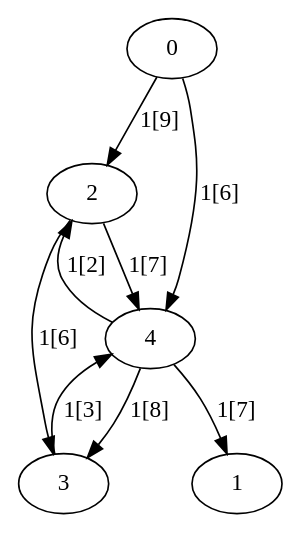
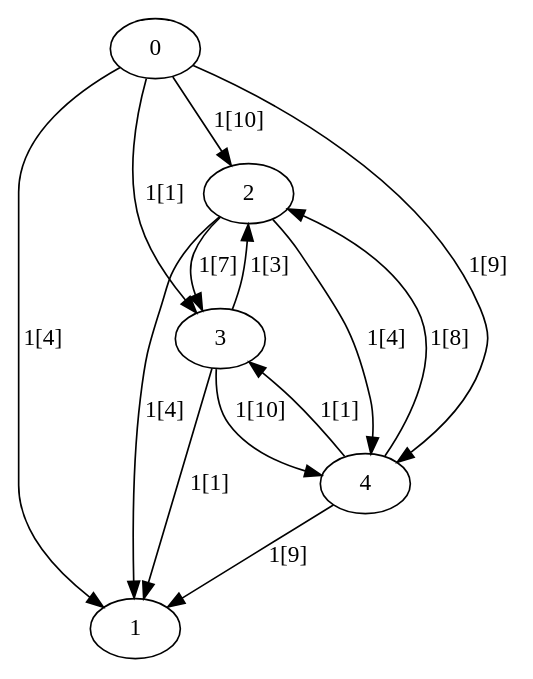
Before and after one commit to mjothy/MadisGraphe: the diagram in doc/nomFichier.dot, drawn with Graphviz. The commit also changed 4 other files, not shown here.

```diff
--- a/doc/nomFichier.dot
+++ b/doc/nomFichier.dot
@@ -1,11 +1,16 @@
 digraph G {
-	0 -> 2 [label = "1[9]"];
-	0 -> 4 [label = "1[6]"];
-	2 -> 3 [label = "1[6]"];
-	2 -> 4 [label = "1[7]"];
-	4 -> 1 [label = "1[7]"];
-	4 -> 2 [label = "1[2]"];
-	4 -> 3 [label = "1[8]"];
-	3 -> 4 [label = "1[3]"];
+	0 -> 1 [label = "1[4]"];
+	0 -> 2 [label = "1[10]"];
+	0 -> 3 [label = "1[1]"];
+	0 -> 4 [label = "1[9]"];
 	1;
+	2 -> 1 [label = "1[4]"];
+	2 -> 3 [label = "1[7]"];
+	2 -> 4 [label = "1[4]"];
+	3 -> 1 [label = "1[1]"];
+	3 -> 2 [label = "1[3]"];
+	3 -> 4 [label = "1[10]"];
+	4 -> 1 [label = "1[9]"];
+	4 -> 2 [label = "1[8]"];
+	4 -> 3 [label = "1[1]"];
 }
```
